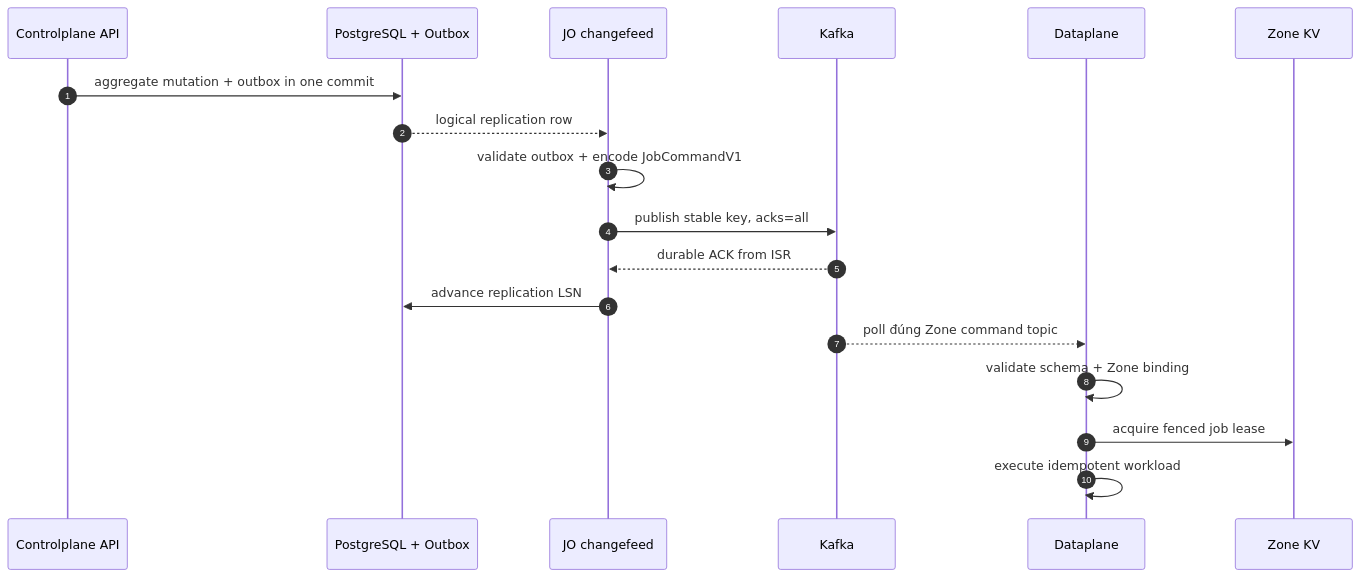
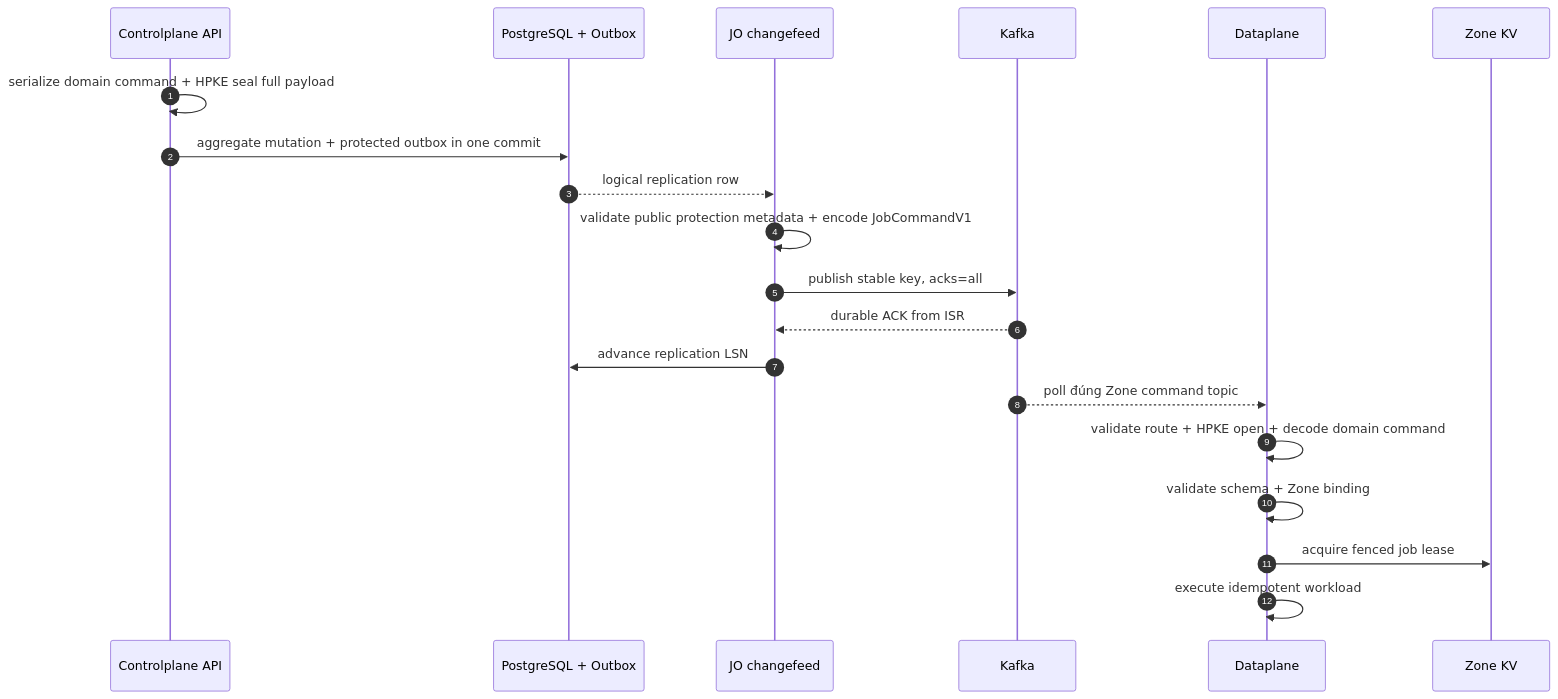
Before and after one commit to phucle996/aurora: the second of 4 diagrams in god_view/platform/kafka_platform_transport_god_view.md, drawn with Mermaid. The commit also changed other lines of this file and 156 other files, not shown here.

Commit message:
feat: implement managed service instance lifecycle management and add job payload protection infrastructure

````diff
--- a/god_view/platform/kafka_platform_transport_god_view.md
+++ b/god_view/platform/kafka_platform_transport_god_view.md
@@ -159,21 +147,23 @@
 ```mermaid
 sequenceDiagram
     autonumber
     participant API as Controlplane API
     participant PG as PostgreSQL + Outbox
     participant JO as JO changefeed
     participant K as Kafka
     participant DP as Dataplane
     participant KV as Zone KV
 
-    API->>PG: aggregate mutation + outbox in one commit
+    API->>API: serialize domain command + HPKE seal full payload
+    API->>PG: aggregate mutation + protected outbox in one commit
     PG-->>JO: logical replication row
-    JO->>JO: validate outbox + encode JobCommandV1
+    JO->>JO: validate public protection metadata + encode JobCommandV1
     JO->>K: publish stable key, acks=all
     K-->>JO: durable ACK from ISR
     JO->>PG: advance replication LSN
     K-->>DP: poll đúng Zone command topic
+    DP->>DP: validate route + HPKE open + decode domain command
     DP->>DP: validate schema + Zone binding
     DP->>KV: acquire fenced job lease
     DP->>DP: execute idempotent workload
 ```
````
